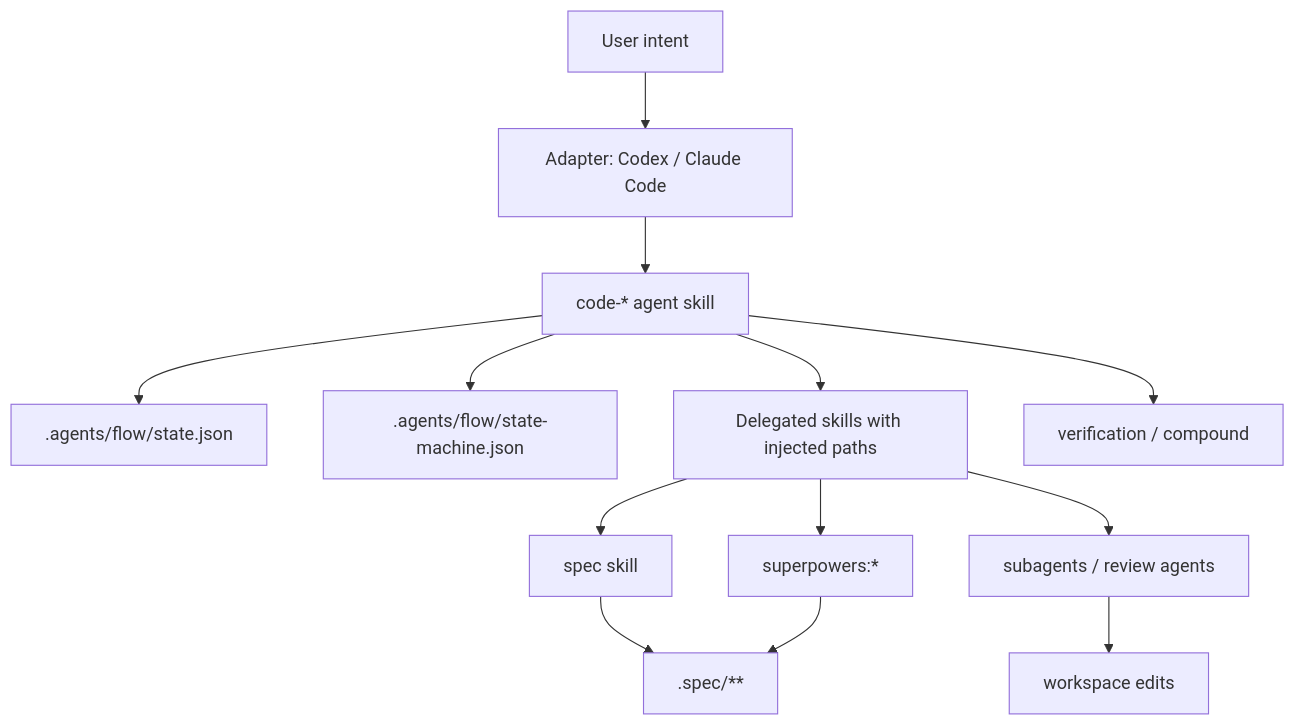
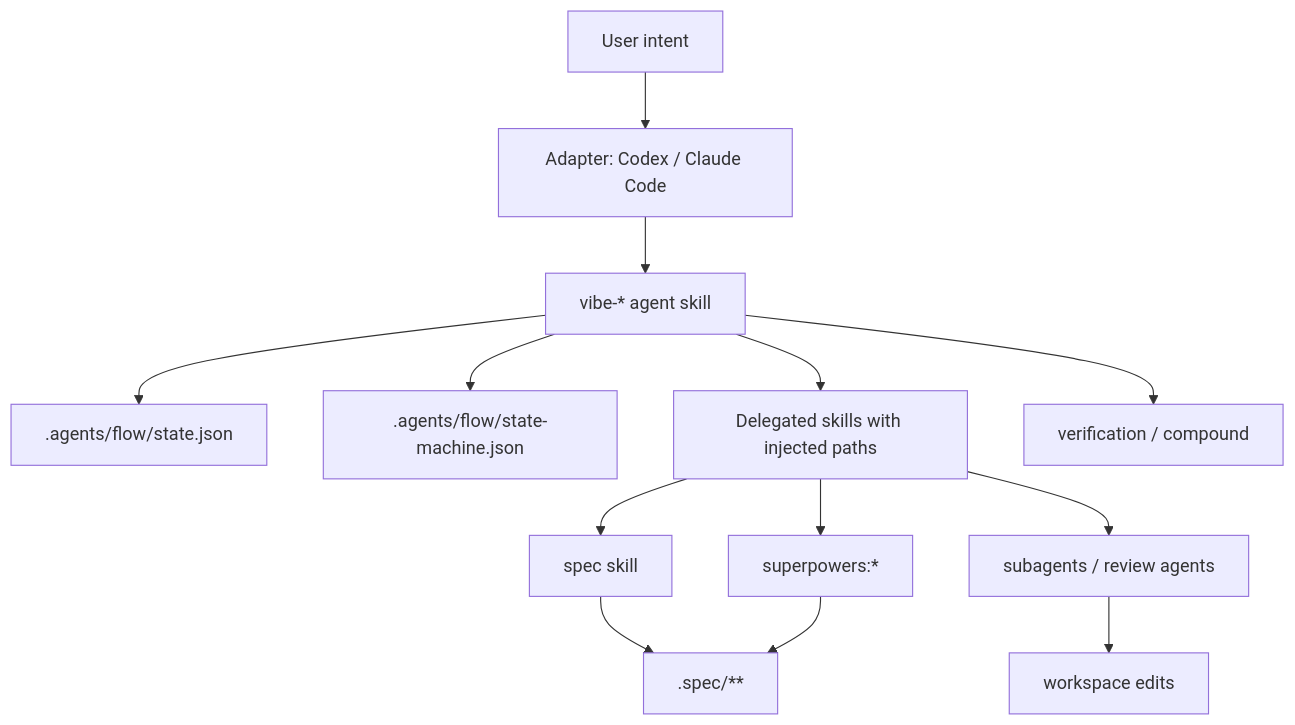
The diagram in .spec/tech.md (LennardZuendorf/vibe), drawn with Mermaid before and after one commit. The commit also changed other lines of this file and 51 other files, not shown here.

First line of the commit message:
chore(spec): add flow state machine, scripts, and skill definitions (#1) (#6)

````diff
--- a/.spec/tech.md
+++ b/.spec/tech.md
@@ -38,15 +38,15 @@
 ```mermaid
 flowchart TD
   U["User intent"] --> A["Adapter: Codex / Claude Code"]
-  A --> K["code-* agent skill"]
+  A --> K["vibe-* agent skill"]
   K --> F[".agents/flow/state.json"]
   K --> M[".agents/flow/state-machine.json"]
   K --> D["Delegated skills with injected paths"]
   D --> S["spec skill"]
   D --> P["superpowers:*"]
   D --> G["subagents / review agents"]
   S --> SPEC[".spec/**"]
   P --> SPEC
   G --> SRC["workspace edits"]
   K --> V["verification / compound"]
 ```
````
